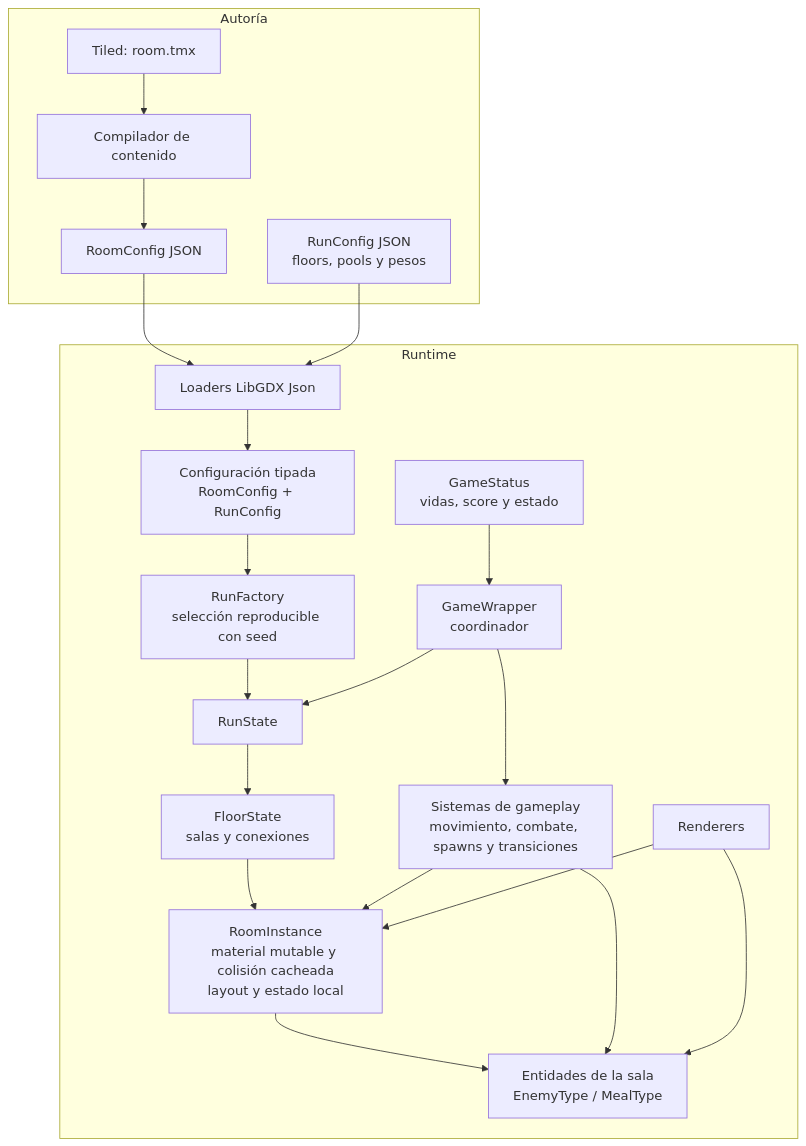
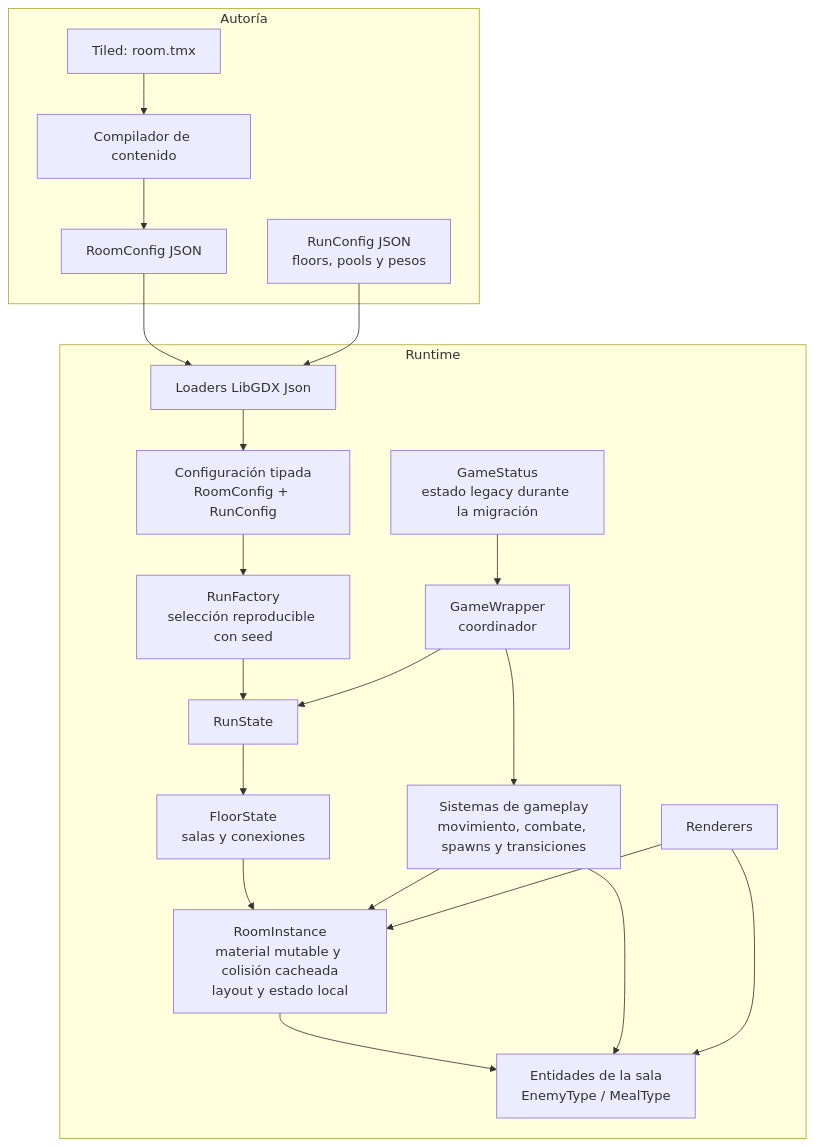
Before and after one commit to leboheme/nyamnyam: the diagram in docs/REMAKE_DIRECTION.md, drawn with Mermaid. The commit also changed other lines of this file and 7 other files, not shown here.

````diff
--- a/docs/REMAKE_DIRECTION.md
+++ b/docs/REMAKE_DIRECTION.md
@@ -26,28 +11,28 @@
 ```mermaid
 flowchart TD
     subgraph Authoring["Autoría"]
         Tiled["Tiled: room.tmx"] --> Compiler["Compilador de contenido"]
         Compiler --> RoomJson["RoomConfig JSON"]
         RunJson["RunConfig JSON<br/>floors, pools y pesos"]
     end
 
     subgraph Runtime["Runtime"]
         Loader["Loaders LibGDX Json"]
         RoomJson --> Loader
         RunJson --> Loader
         Loader --> Configs["Configuración tipada<br/>RoomConfig + RunConfig"]
         Configs --> Factory["RunFactory<br/>selección reproducible con seed"]
         Factory --> RunState["RunState"]
         RunState --> FloorState["FloorState<br/>salas y conexiones"]
         FloorState --> Room["RoomInstance<br/>material mutable y colisión cacheada<br/>layout y estado local"]
         Room --> Actors["Entidades de la sala<br/>EnemyType / MealType"]
 
         Wrapper["GameWrapper<br/>coordinador"] --> RunState
         Wrapper --> Systems["Sistemas de gameplay<br/>movimiento, combate, spawns y transiciones"]
         Systems --> Room
         Systems --> Actors
         Renderer["Renderers"] --> Room
         Renderer --> Actors
-        Status["GameStatus<br/>vidas, score y estado"] --> Wrapper
+        Status["GameStatus<br/>estado legacy durante la migración"] --> Wrapper
     end
 ```
````
